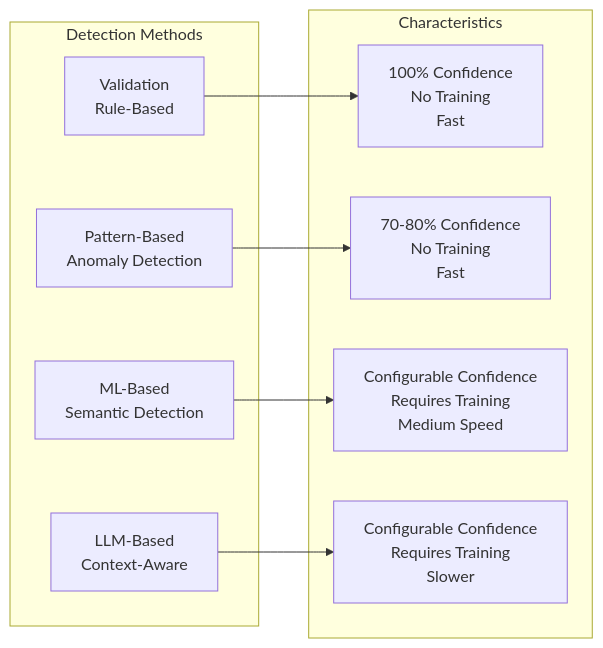
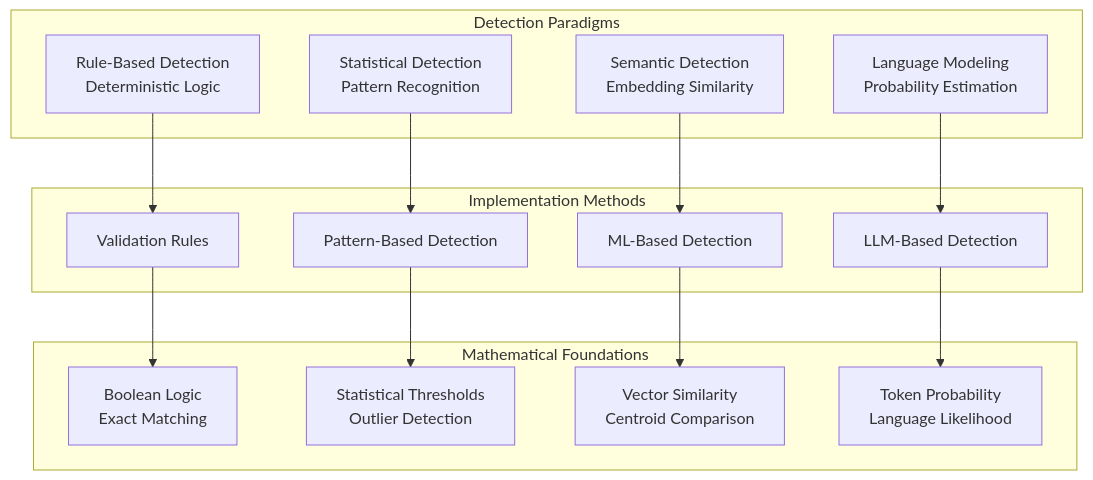
The first of 2 diagrams in docs/detection-methods/overview.md (xafron-bv/data-quality-monitoring), drawn with Mermaid before and after one commit. The commit also changed other lines of this file, not shown here.

Commit message:
Refactor detection methods overview with comprehensive theoretical foundations

````diff
--- a/docs/detection-methods/overview.md
+++ b/docs/detection-methods/overview.md
@@ -7,16 +7,23 @@
 ```mermaid
-graph LR
-    subgraph "Detection Methods"
-        V[Validation<br/>Rule-Based]
-        P[Pattern-Based<br/>Anomaly Detection]
-        M[ML-Based<br/>Semantic Detection]
-        L[LLM-Based<br/>Context-Aware]
+graph TD
+    subgraph "Detection Paradigms"
+        A[Rule-Based Detection<br/>Deterministic Logic]
+        B[Statistical Detection<br/>Pattern Recognition]
+        C[Semantic Detection<br/>Embedding Similarity]
+        D[Language Modeling<br/>Probability Estimation]
     end
     
-    subgraph "Characteristics"
-        V --> V1[100% Confidence<br/>No Training<br/>Fast]
-        P --> P1[70-80% Confidence<br/>No Training<br/>Fast]
-        M --> M1[Configurable Confidence<br/>Requires Training<br/>Medium Speed]
-        L --> L1[Configurable Confidence<br/>Requires Training<br/>Slower]
+    subgraph "Implementation Methods"
+        A --> A1[Validation Rules]
+        B --> B1[Pattern-Based Detection]
+        C --> C1[ML-Based Detection]
+        D --> D1[LLM-Based Detection]
+    end
+    
+    subgraph "Mathematical Foundations"
+        A1 --> A2[Boolean Logic<br/>Exact Matching]
+        B1 --> B2[Statistical Thresholds<br/>Outlier Detection]
+        C1 --> C2[Vector Similarity<br/>Centroid Comparison]
+        D1 --> D2[Token Probability<br/>Language Likelihood]
     end
 ```
````
